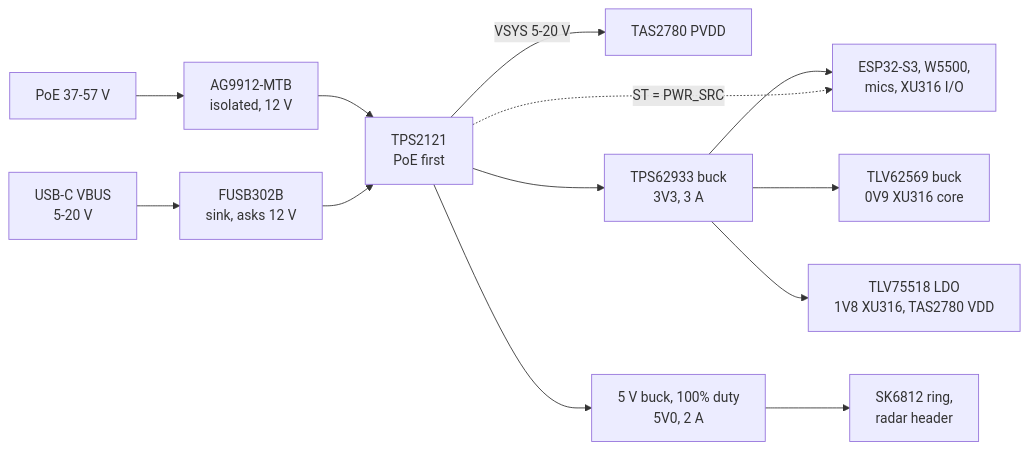
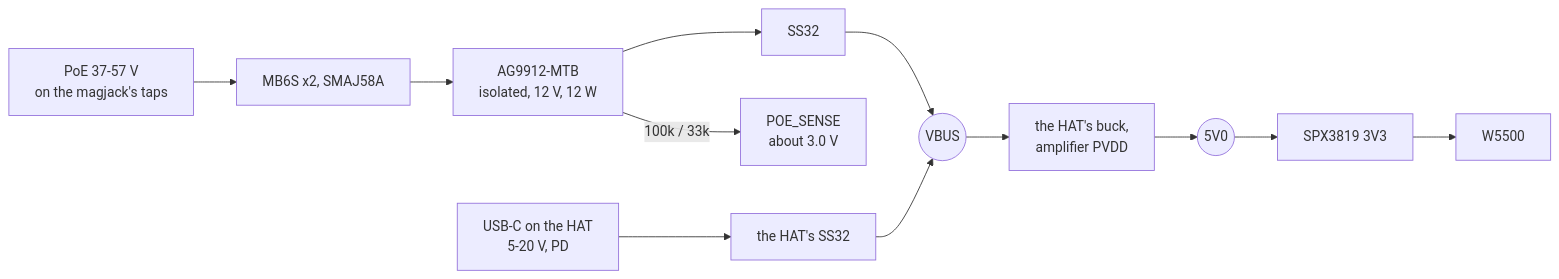
One commit to Teagan42/Chorus changed the second of 2 diagrams in docs/hardware/README.md. Above: the diagram before and after it, drawn with Mermaid. The commit also changed other lines of this file and 52 other files, not shown here.

````diff
--- a/docs/hardware/README.md
+++ b/docs/hardware/README.md
@@ -284,15 +160,13 @@
 ```mermaid
 flowchart LR
-    poe["PoE 37-57 V"] --> ag["AG9912-MTB<br/>isolated, 12 V"]
-    usb["USB-C VBUS<br/>5-20 V"] --> pd["FUSB302B<br/>sink, asks 12 V"]
-    ag --> mux["TPS2121<br/>PoE first"]
-    pd --> mux
-    mux -->|"VSYS 5-20 V"| pvdd["TAS2780 PVDD"]
-    mux --> b33["TPS62933 buck<br/>3V3, 3 A"]
-    mux --> b50["5 V buck, 100% duty<br/>5V0, 2 A"]
-    b50 --> leds["SK6812 ring,<br/>radar header"]
-    b33 --> esp["ESP32-S3, W5500,<br/>mics, XU316 I/O"]
-    b33 --> b09["TLV62569 buck<br/>0V9 XU316 core"]
-    b33 --> l18["TLV75518 LDO<br/>1V8 XU316, TAS2780 VDD"]
-    mux -.->|"ST = PWR_SRC"| esp
+    poe["PoE 37-57 V<br/>on the magjack's taps"] --> br["MB6S x2, SMAJ58A"]
+    br --> ag["AG9912-MTB<br/>isolated, 12 V, 12 W"]
+    ag --> d2["SS32"]
+    ag -->|"100k / 33k"| sense["POE_SENSE<br/>about 3.0 V"]
+    usb["USB-C on the HAT<br/>5-20 V, PD"] --> hd["the HAT's SS32"]
+    d2 --> vbus(("VBUS"))
+    hd --> vbus
+    vbus --> hat["the HAT's buck,<br/>amplifier PVDD"]
+    hat --> v5(("5V0"))
+    v5 --> ldo["SPX3819 3V3"] --> w["W5500"]
 ```
````
